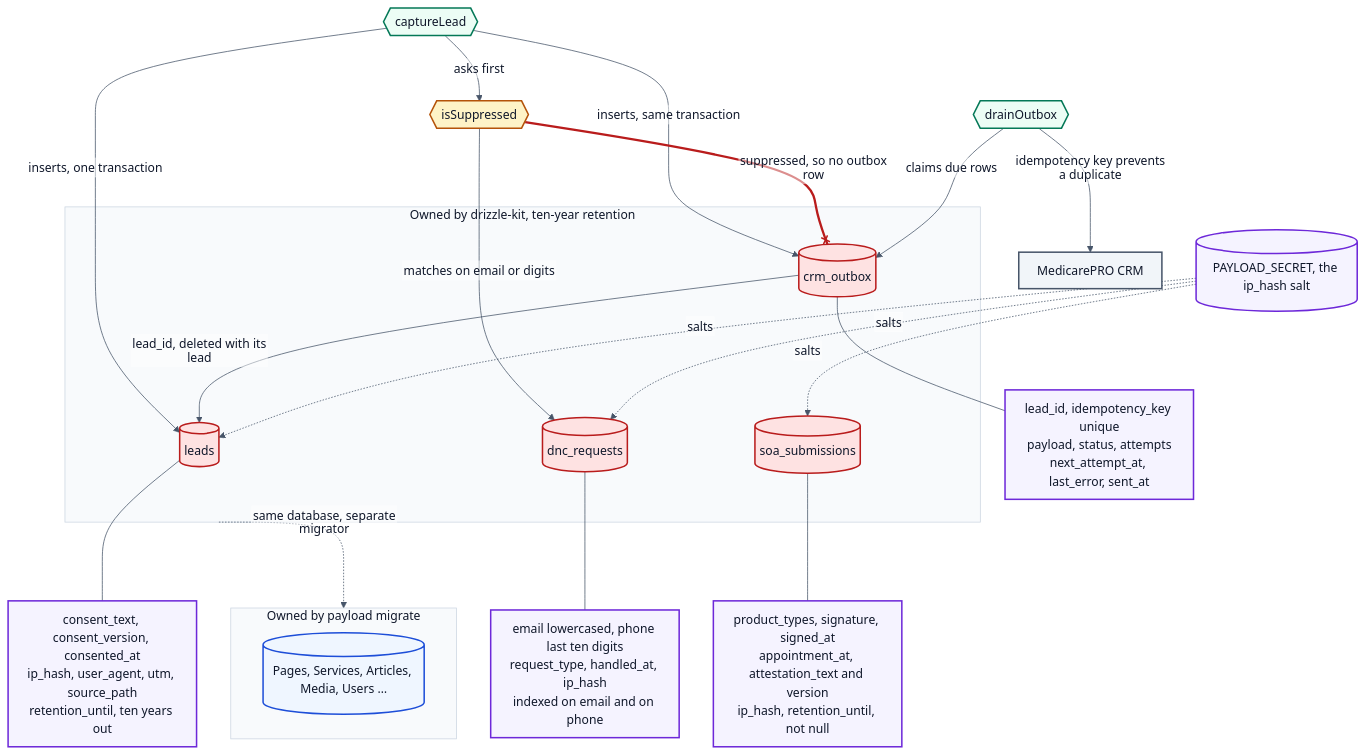
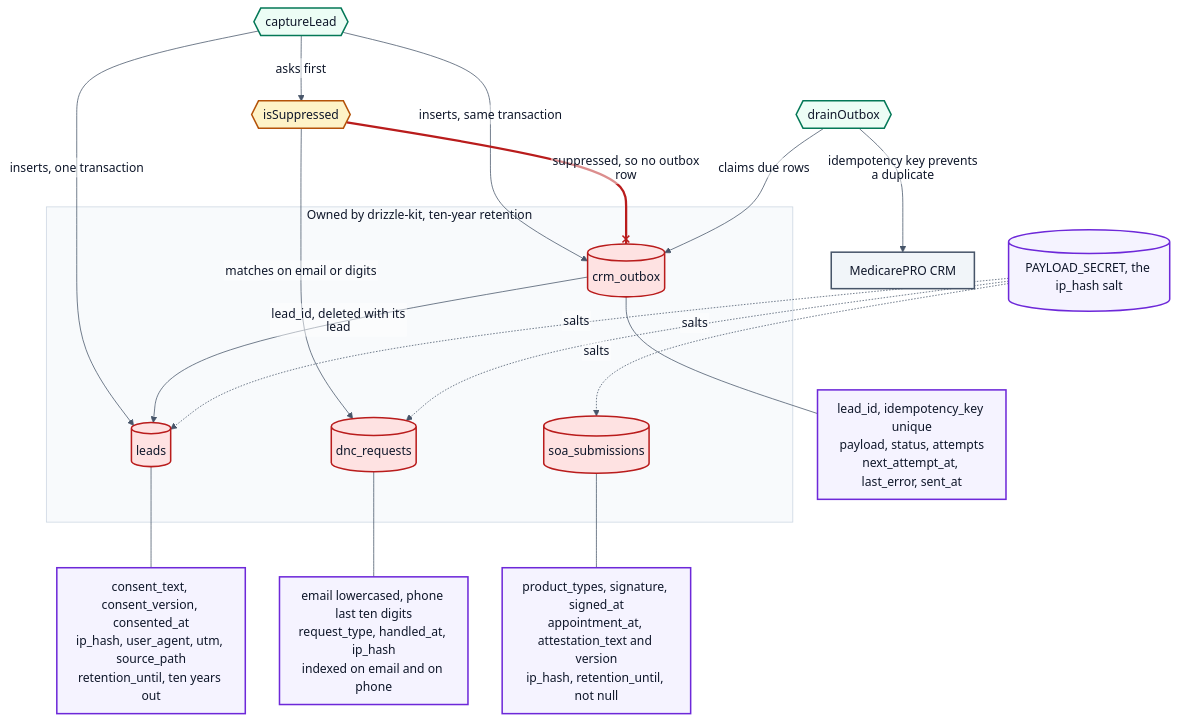
Before and after one commit to marc-mccarthy/legacy-benefits-mn: the diagram in docs/diagrams/D4-compliance-data.mmd, drawn with Mermaid. The commit also changed 1263 other files, not shown here.

```diff
--- a/docs/diagrams/D4-compliance-data.mmd
+++ b/docs/diagrams/D4-compliance-data.mmd
@@ -1,86 +1,78 @@
 %%{init: {"theme":"base","themeVariables":{"fontFamily":"Helvetica Neue, Helvetica, Arial, sans-serif","fontSize":"16px","textColor":"#0F172A","background":"#FFFFFF","lineColor":"#475569","mainBkg":"#EFF6FF","nodeBorder":"#1D4ED8","primaryColor":"#EFF6FF","primaryBorderColor":"#1D4ED8","primaryTextColor":"#0F172A","secondaryColor":"#F1F5F9","secondaryBorderColor":"#475569","secondaryTextColor":"#0F172A","tertiaryColor":"#F8FAFC","tertiaryBorderColor":"#CBD5E1","tertiaryTextColor":"#0F172A","clusterBkg":"#F8FAFC","clusterBorder":"#CBD5E1","edgeLabelBackground":"#FFFFFF","actorBkg":"#EEF2FF","actorBorder":"#4338CA","actorTextColor":"#0F172A","signalColor":"#475569","signalTextColor":"#0F172A","noteBkgColor":"#FEF3C7","noteBorderColor":"#B45309","noteTextColor":"#0F172A","activationBkgColor":"#ECFDF5","activationBorderColor":"#047857","labelBoxBkgColor":"#FEF3C7","labelBoxBorderColor":"#B45309","sequenceNumberColor":"#FFFFFF"},"flowchart":{"htmlLabels":false,"curve":"basis","nodeSpacing":45,"rankSpacing":60,"padding":12},"sequence":{"useMaxWidth":false,"htmlLabels":false,"mirrorActors":false,"wrap":true,"width":190}}}%%
 flowchart TB
 accTitle: The four regulated tables, what each one proves, and what links them
 accDescr {
-  The four tables the lead pipeline owns, drawn apart from the content tables
-  because they are governed differently. Drizzle owns all four; Payload owns the
-  content tables beside them in the same database, and neither migrator may touch
-  the other's. Leads carry the TCPA consent evidence: the exact disclosure text
+  The four tables the lead pipeline owns, which are the only tables in the
+  database; drizzle-kit owns all four. Leads carry the TCPA consent evidence: the exact disclosure text
   shown, its version, and the moment of agreement, because a boolean is not
   evidence. Scope of Appointment records carry a signature, a signing time, the
   product types agreed to and the attestation text with its version. Do-not-contact
   requests carry an email and a phone reduced to its last ten digits, which is the
   canonical form the suppression lookup uses; they are indexed on both. The outbox
   references a lead and is deleted with it, and its idempotency key is unique so a
   retry cannot create a second contact in the CRM. Three of the four carry a hashed
   address salted with the application secret, which is why rotating that secret
   severs every hash at once. Leads and Scope of Appointment records carry a
   retention date ten years out; suppression rows carry none, because a suppression
   has to outlive the record it suppresses.
 }
 
 subgraph regulated ["Owned by drizzle-kit, ten-year retention"]
   leads[("leads")]
   soa[("soa_submissions")]
   dnc[("dnc_requests")]
   outbox[("crm_outbox")]
-end
-
-subgraph content ["Owned by payload migrate"]
-  payloadTables[("Pages, Services, Articles, Media, Users …")]
 end
 
 leadsCols["consent_text, consent_version, consented_at
 ip_hash, user_agent, utm, source_path
 retention_until, ten years out"]
 soaCols["product_types, signature, signed_at
 appointment_at, attestation_text and version
 ip_hash, retention_until, not null"]
 dncCols["email lowercased, phone last ten digits
 request_type, handled_at, ip_hash
 indexed on email and on phone"]
 outboxCols["lead_id, idempotency_key unique
 payload, status, attempts
 next_attempt_at, last_error, sent_at"]
 
 secret[("PAYLOAD_SECRET, the ip_hash salt")]
 capture{{"captureLead"}}
 suppression{{"isSuppressed"}}
 drain{{"drainOutbox"}}
 crm[MedicarePRO CRM]
 
 leads --- leadsCols
 soa --- soaCols
 dnc --- dncCols
 outbox --- outboxCols
 
 capture -->|inserts, one transaction| leads
 capture -->|inserts, same transaction| outbox
 capture -->|asks first| suppression
 suppression -->|matches on email or digits| dnc
 suppression --x|suppressed, so no outbox row| outbox
 outbox -->|lead_id, deleted with its lead| leads
 drain -->|claims due rows| outbox
 drain -->|idempotency key prevents a duplicate| crm
 
 secret -.->|salts| leads
 secret -.->|salts| soa
 secret -.->|salts| dnc
 
-regulated -.->|same database, separate migrator| content
 
 classDef human    fill:#EEF2FF,stroke:#4338CA,stroke-width:2px,color:#0F172A
 classDef client   fill:#EFF6FF,stroke:#1D4ED8,stroke-width:2px,color:#0F172A
 classDef ours     fill:#ECFDF5,stroke:#047857,stroke-width:2px,color:#0F172A
 classDef guard    fill:#FEF3C7,stroke:#B45309,stroke-width:2px,color:#0F172A
 classDef vendor   fill:#F1F5F9,stroke:#475569,stroke-width:2px,color:#0F172A
 classDef phi      fill:#FEE2E2,stroke:#B91C1C,stroke-width:2px,color:#0F172A
 classDef artifact fill:#F5F3FF,stroke:#6D28D9,stroke-width:2px,color:#0F172A
 
 class leads,soa,dnc,outbox phi
 class leadsCols,soaCols,dncCols,outboxCols,secret artifact
-class payloadTables client
 class capture,drain ours
 class suppression guard
 class crm vendor
 linkStyle 8 stroke:#B91C1C,stroke-width:3px
```
